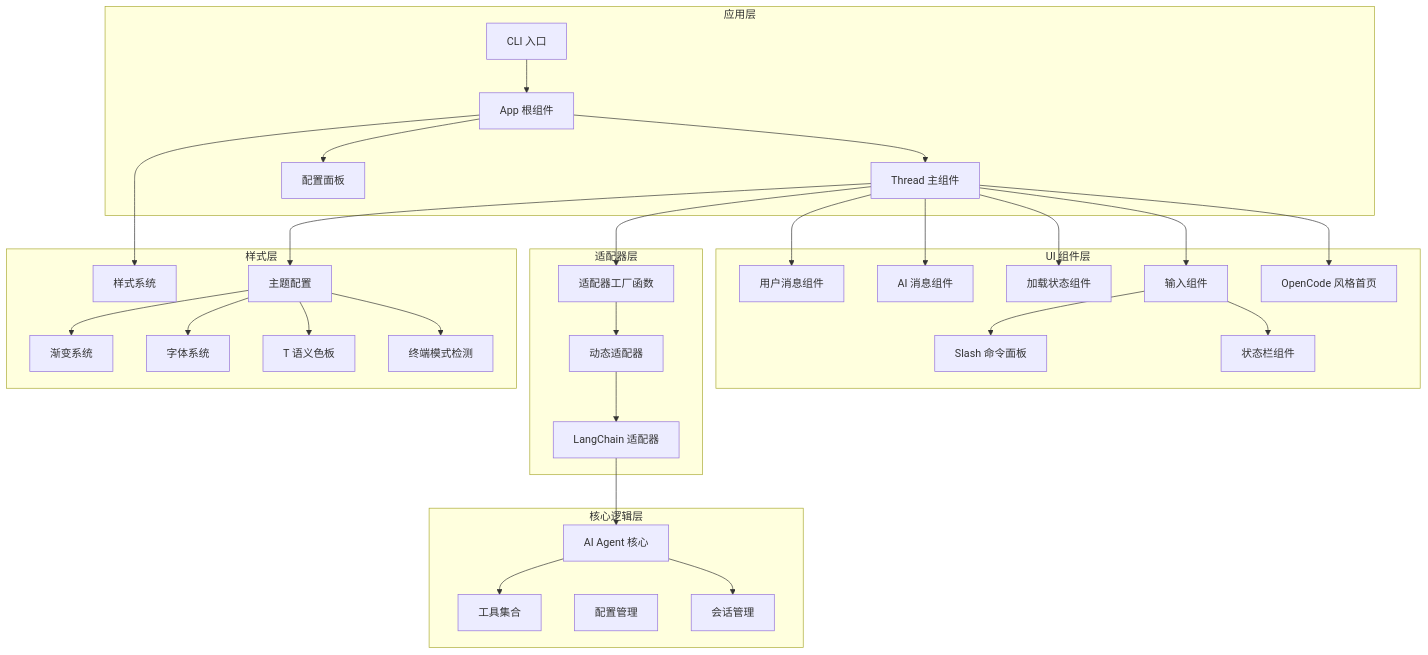
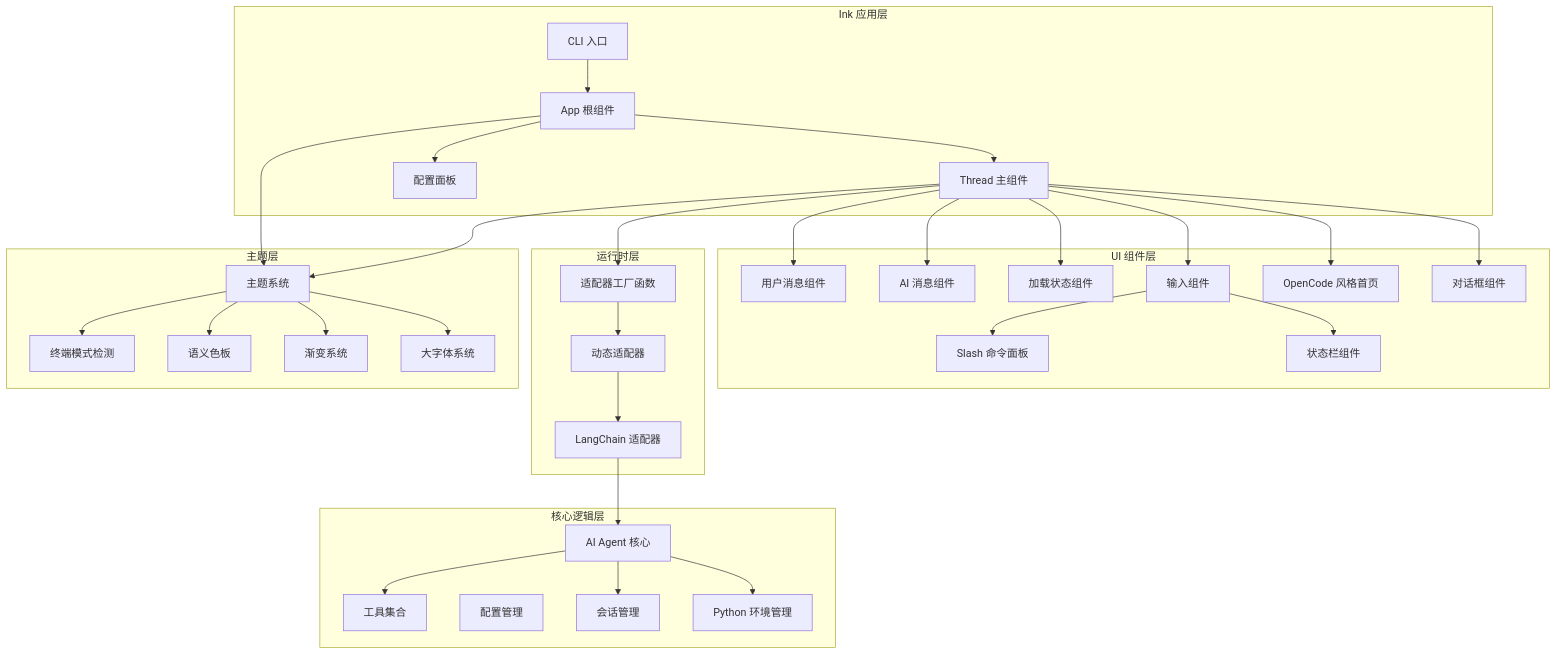
The first of 18 diagrams in .qoder/repowiki/zh/content/核心架构/React 终端 UI 组件.md (HAOFUYANG/onion-code), drawn with Mermaid before and after one commit. The commit also changed other lines of this file and 80 other files, not shown here.

````diff
--- a/.qoder/repowiki/zh/content/核心架构/React 终端 UI 组件.md
+++ b/.qoder/repowiki/zh/content/核心架构/React 终端 UI 组件.md
@@ -68,59 +69,62 @@
 ```mermaid
 graph TB
-subgraph "应用层"
+subgraph "Ink 应用层"
 CLI[CLI 入口]
 App[App 根组件]
 Thread[Thread 主组件]
 ConfigPanel[配置面板]
 end
 subgraph "UI 组件层"
 UserMsg[用户消息组件]
 AIMsg[AI 消息组件]
 Loading[加载状态组件]
 Composer[输入组件]
 SlashPanel[Slash 命令面板]
 HomePage[OpenCode 风格首页]
 StatusBar[状态栏组件]
+Dialog[对话框组件]
 end
-subgraph "适配器层"
+subgraph "运行时层"
 AdapterFactory[适配器工厂函数]
 Adapter[LangChain 适配器]
 DynamicAdapter[动态适配器]
 end
 subgraph "核心逻辑层"
 Agent[AI Agent 核心]
 Tools[工具集合]
 Config[配置管理]
 Sessions[会话管理]
+PythonEnv[Python 环境管理]
 end
-subgraph "样式层"
-Style[样式系统]
-Theme[主题配置]
+subgraph "主题层"
+Theme[主题系统]
+TerminalMode[终端模式检测]
+T[语义色板]
 Gradient[渐变系统]
-Figlet[字体系统]
-T[T 语义色板]
-TerminalMode[终端模式检测]
+BigText[大字体系统]
 end
 CLI --> App
 App --> Thread
 App --> ConfigPanel
 Thread --> HomePage
 Thread --> UserMsg
 Thread --> AIMsg
 Thread --> Loading
 Thread --> Composer
 Composer --> SlashPanel
 Composer --> StatusBar
+Thread --> Dialog
 Thread --> AdapterFactory
 AdapterFactory --> DynamicAdapter
 DynamicAdapter --> Adapter
 Adapter --> Agent
 Agent --> Tools
 Agent --> Sessions
-App --> Style
+Agent --> PythonEnv
+App --> Theme
 Thread --> Theme
+Theme --> TerminalMode
+Theme --> T
 Theme --> Gradient
-Theme --> Figlet
-Theme --> T
-Theme --> TerminalMode
+Theme --> BigText
 ```
````
